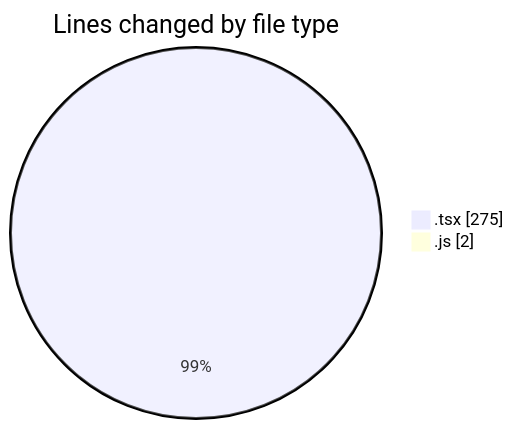
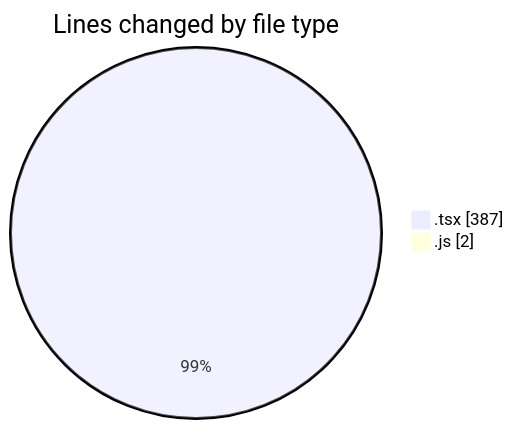
One commit to momahboobian/code-tracking changed the first of 2 diagrams in 2026-05-15/cda/README.md. Above: the diagram before and after it, drawn with Mermaid. The commit also changed other lines of this file and 1 other file, not shown here.

````diff
--- a/2026-05-15/cda/README.md
+++ b/2026-05-15/cda/README.md
@@ -24,6 +24,6 @@
 ```mermaid
 pie showData
 title Lines changed by file type
-".tsx" : 275
+".tsx" : 387
 ".js" : 2
 ```
````
